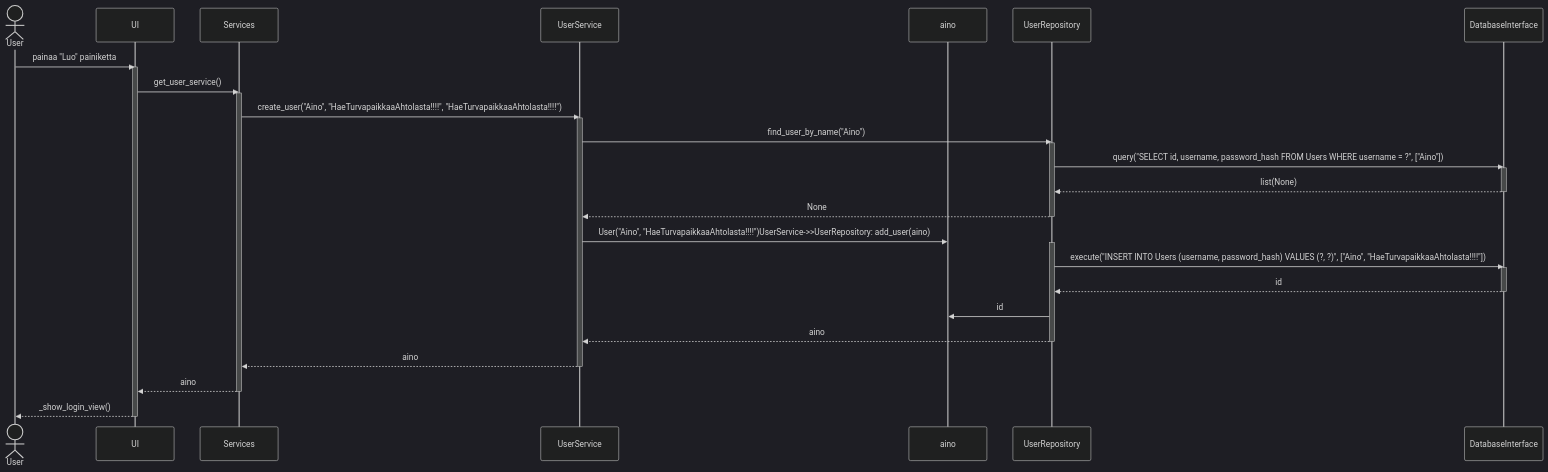
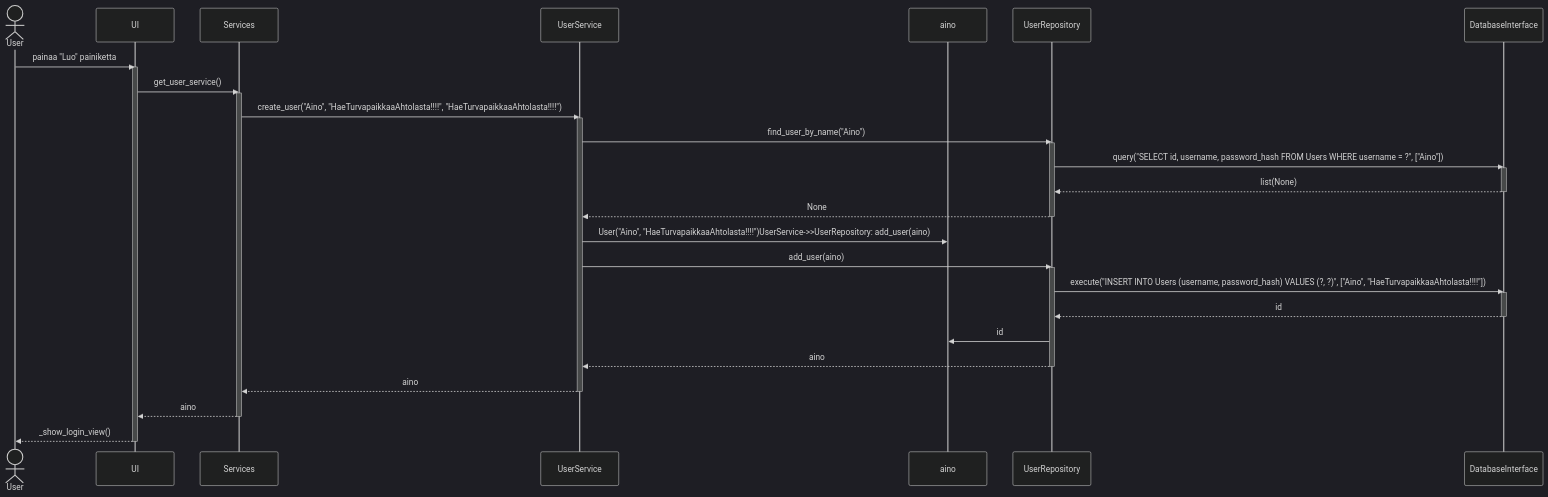
Before and after one commit to Kirjokorja/ot-harjoitustyo: the second of 2 diagrams in dokumentaatio/arkkitehtuuri.md, drawn with Mermaid (dark theme).

````diff
--- a/dokumentaatio/arkkitehtuuri.md
+++ b/dokumentaatio/arkkitehtuuri.md
@@ -67,53 +67,54 @@
 ```mermaid
 sequenceDiagram
     actor User
     participant UI
     participant Services
     participant UserService
     participant aino
     participant UserRepository
     participant DatabaseInterface
 
     User->>UI: painaa "Luo" painiketta
 
     activate UI
     UI->>Services: get_user_service()
 
     activate Services
     Services->>UserService: create_user("Aino", "HaeTurvapaikkaaAhtolasta!!!!", "HaeTurvapaikkaaAhtolasta!!!!")
     
     activate UserService
     UserService->>UserRepository: find_user_by_name("Aino")
     
     activate UserRepository
     UserRepository->>DatabaseInterface: query("SELECT id, username, password_hash FROM Users WHERE username = ?", ["Aino"])
     
     activate DatabaseInterface
     DatabaseInterface-->>UserRepository: list(None)
     deactivate DatabaseInterface
 
     UserRepository-->>UserService: None
     deactivate UserRepository
 
     UserService->>aino: User("Aino", "HaeTurvapaikkaaAhtolasta!!!!")UserService->>UserRepository: add_user(aino)
-    
+    UserService->>UserRepository: add_user(aino)
+
     activate UserRepository
     UserRepository->>DatabaseInterface: execute("INSERT INTO Users (username, password_hash) VALUES (?, ?)", ["Aino", "HaeTurvapaikkaaAhtolasta!!!!"])
     
     activate DatabaseInterface
     DatabaseInterface-->>UserRepository: id
     deactivate DatabaseInterface
 
     UserRepository->>aino: id
     UserRepository-->>UserService: aino
     deactivate UserRepository
 
     UserService-->>Services: aino
     deactivate UserService
 
     Services-->>UI: aino
     deactivate Services
 
     UI-->>User: _show_login_view()
     deactivate UI
   ```
````
